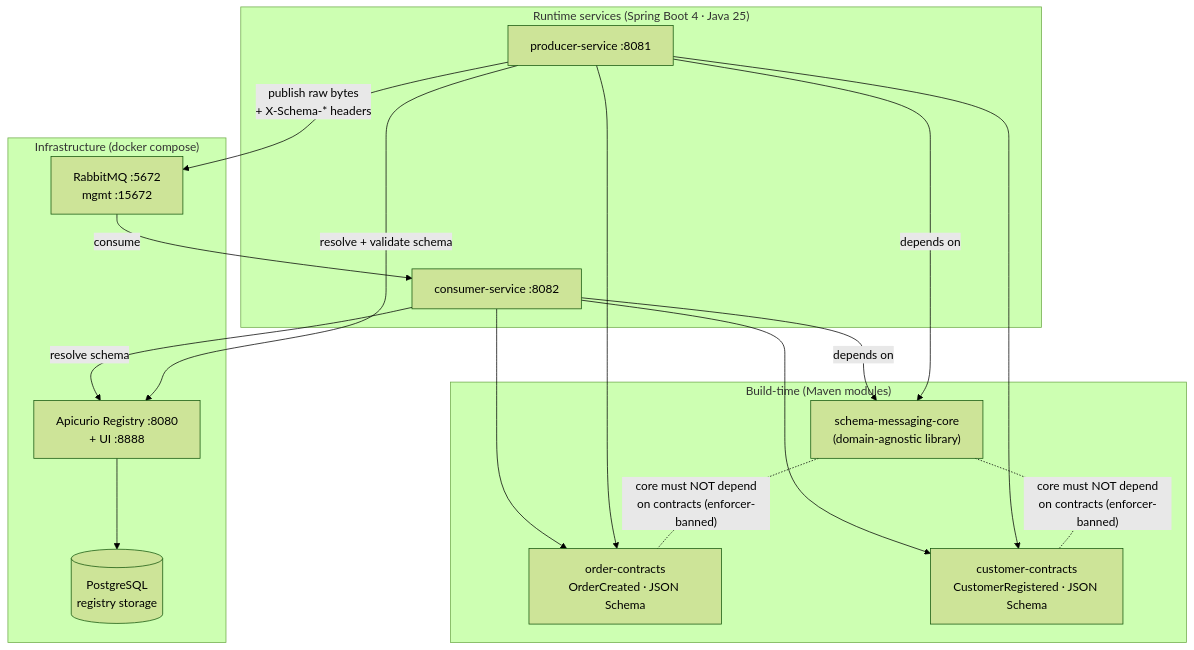
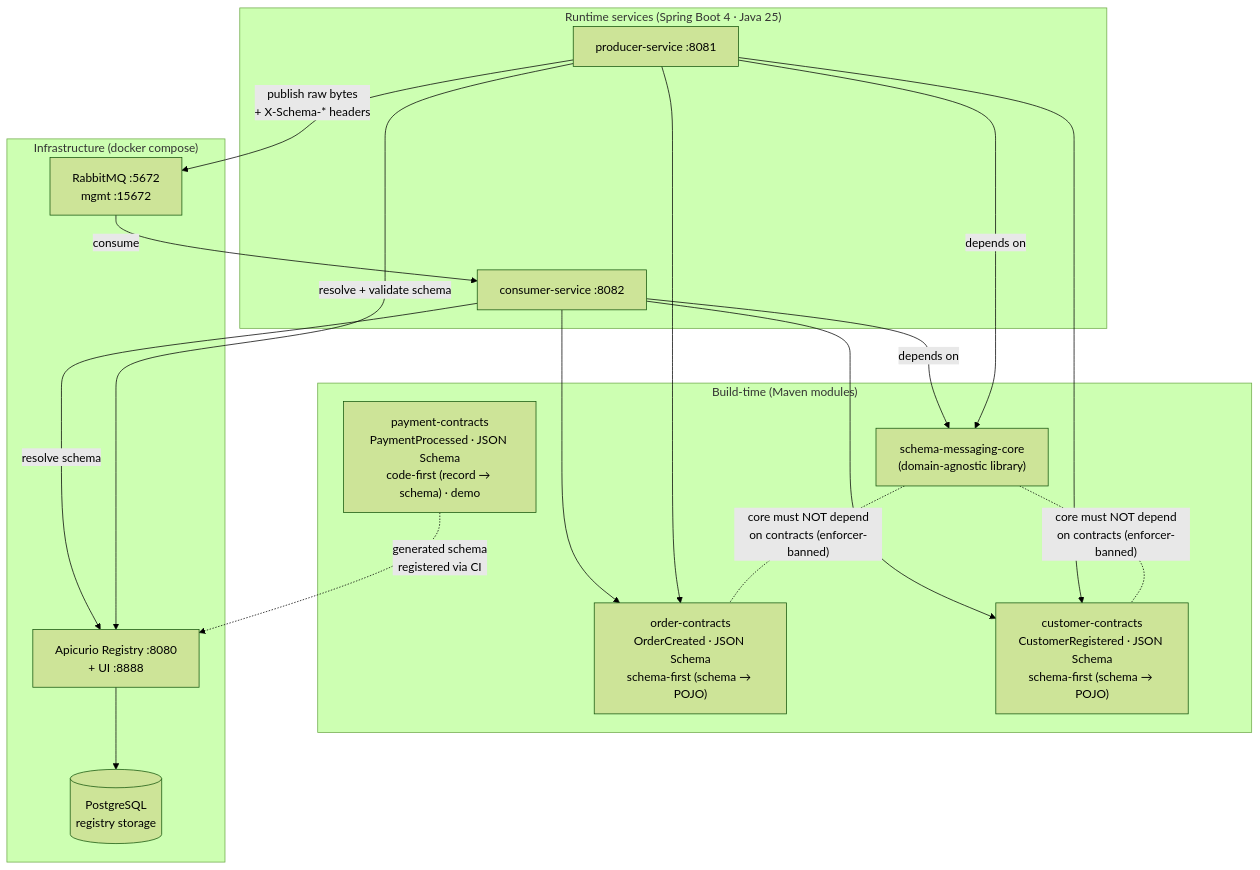
Before and after one commit to anarefin/schema-registry-demo: the diagram in docs/presentation/diagrams/d1-architecture.mmd, drawn with Mermaid (forest theme). The commit also changed 14 other files, not shown here.

First line of the commit message:
feat(schema-drift-check): implement GitHub Actions workflow for schema drift detection

```diff
--- a/docs/presentation/diagrams/d1-architecture.mmd
+++ b/docs/presentation/diagrams/d1-architecture.mmd
@@ -1,30 +1,32 @@
 graph TB
     subgraph dev["Build-time (Maven modules)"]
         core["schema-messaging-core<br/>(domain-agnostic library)"]
-        oc["order-contracts<br/>OrderCreated · JSON Schema"]
-        cc["customer-contracts<br/>CustomerRegistered · JSON Schema"]
+        oc["order-contracts<br/>OrderCreated · JSON Schema<br/>schema-first (schema → POJO)"]
+        cc["customer-contracts<br/>CustomerRegistered · JSON Schema<br/>schema-first (schema → POJO)"]
+        pc["payment-contracts<br/>PaymentProcessed · JSON Schema<br/>code-first (record → schema) · demo"]
         core -. "core must NOT depend<br/>on contracts (enforcer-banned)" .- oc
         core -. "core must NOT depend<br/>on contracts (enforcer-banned)" .- cc
     end
 
     subgraph run["Runtime services (Spring Boot 4 · Java 25)"]
         prod["producer-service :8081"]
         cons["consumer-service :8082"]
     end
 
     subgraph infra["Infrastructure (docker compose)"]
         reg["Apicurio Registry :8080<br/>+ UI :8888"]
         pg[("PostgreSQL<br/>registry storage")]
         rmq["RabbitMQ :5672<br/>mgmt :15672"]
     end
 
     prod -->|depends on| core
     cons -->|depends on| core
     prod --> oc & cc
     cons --> oc & cc
 
     reg --> pg
+    pc -. "generated schema<br/>registered via CI" .-> reg
     prod -->|"resolve + validate schema"| reg
     cons -->|"resolve schema"| reg
     prod -->|"publish raw bytes<br/>+ X-Schema-* headers"| rmq
     rmq -->|"consume"| cons
```
